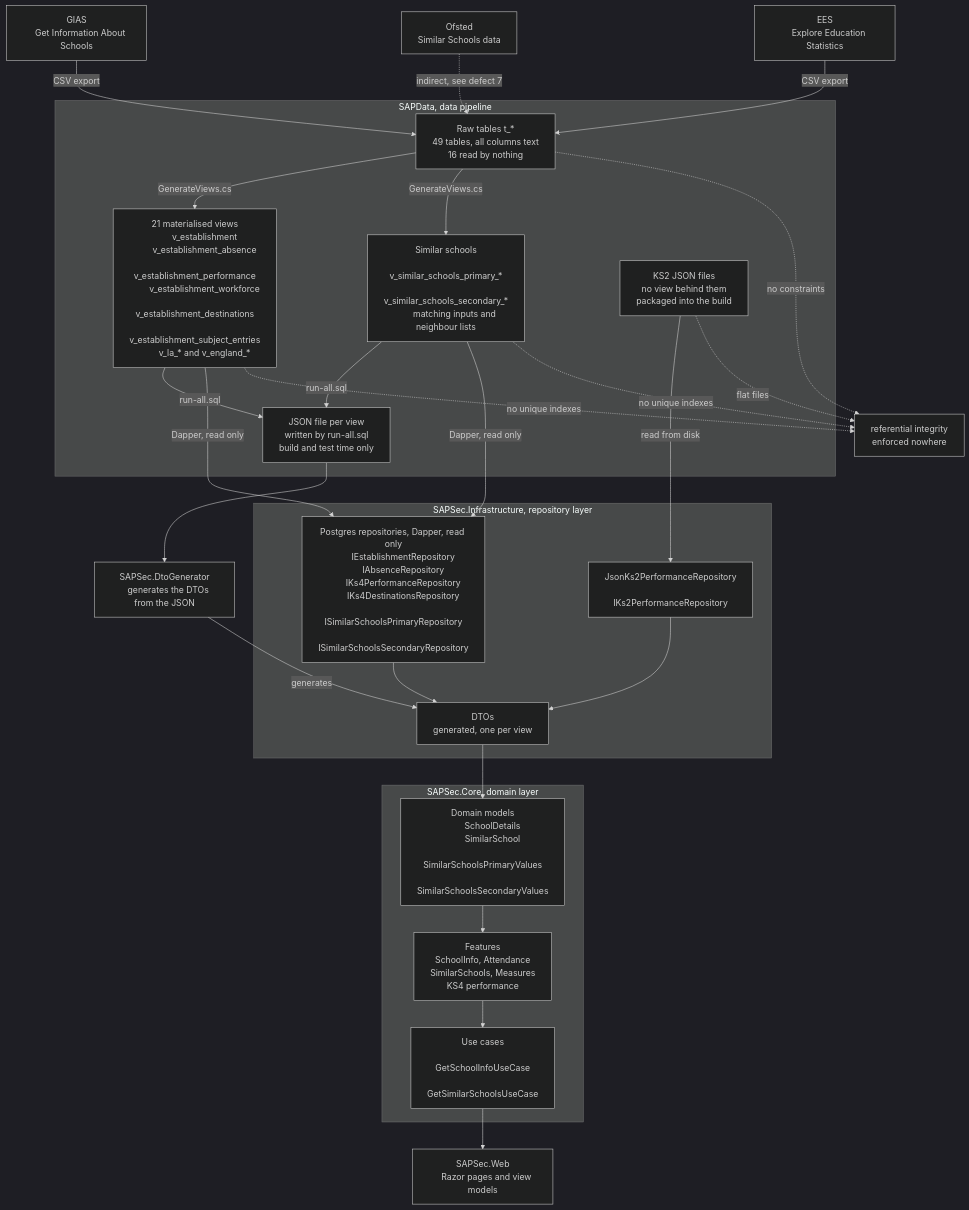
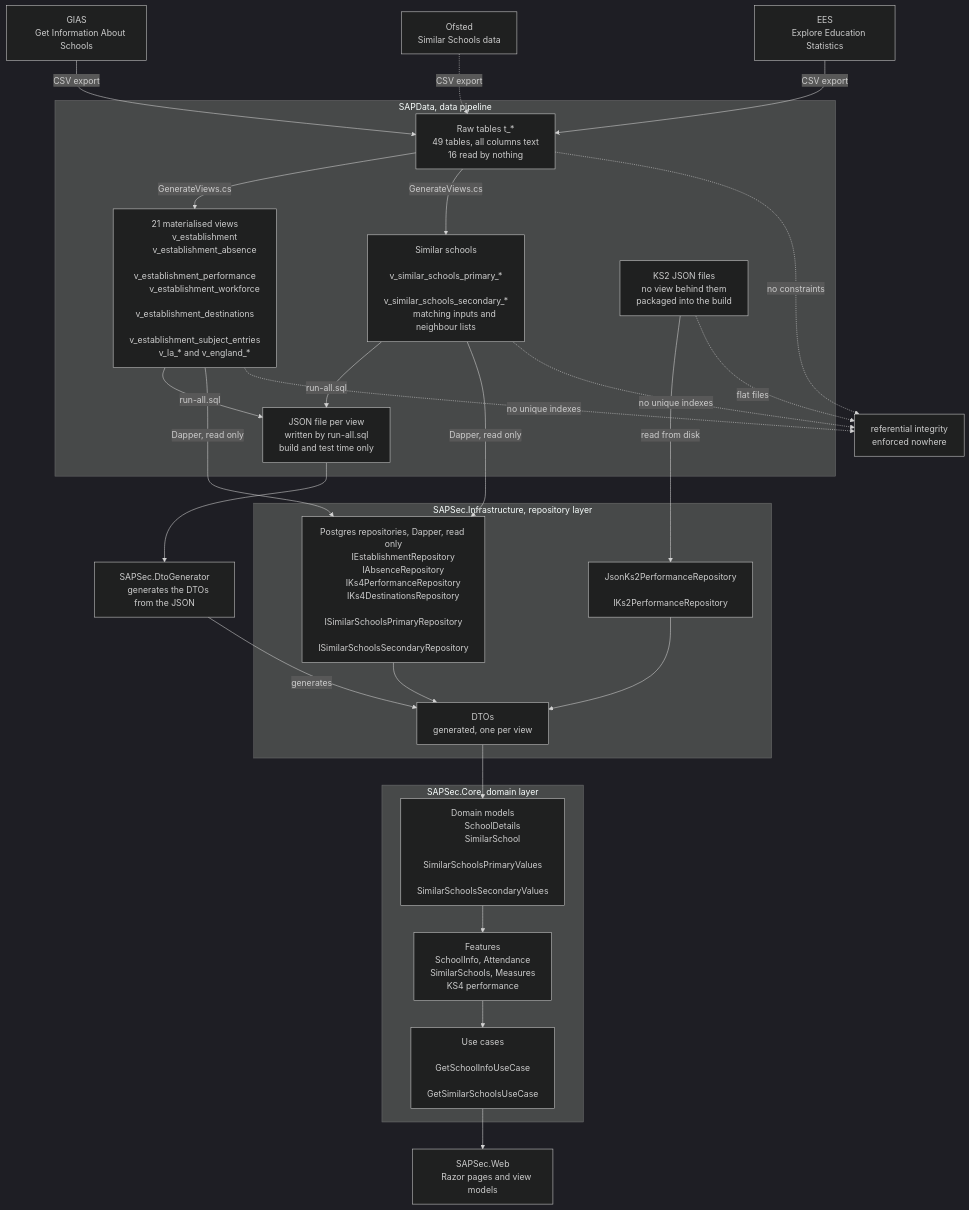
One commit to DFE-Digital/sap-sector changed the second of 2 diagrams in docs/architecture/entity-relationship-diagram.md. Above: the diagram before and after it, drawn with Mermaid (dark theme).

Commit message:
update erd

```diff
--- a/docs/architecture/entity-relationship-diagram.md
+++ b/docs/architecture/entity-relationship-diagram.md
@@ -742,7 +742,7 @@
     Razor pages and view models"]
 
     GIAS -->|CSV export| RAW
-    OFSTED -.->|indirect, see defect 7| RAW
+    OFSTED -.->| CSV export|RAW
     EES -->|CSV export| RAW
     RAW -->|GenerateViews.cs| VIEWS
     RAW -->|GenerateViews.cs| SIMILAR
```
